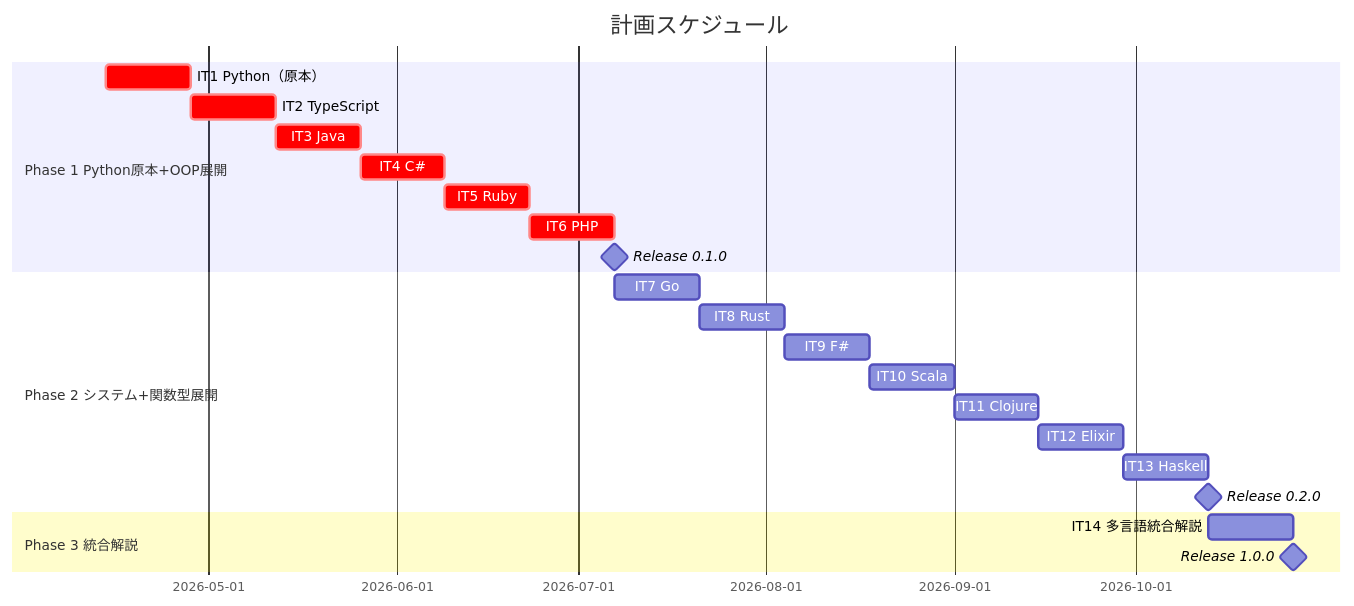
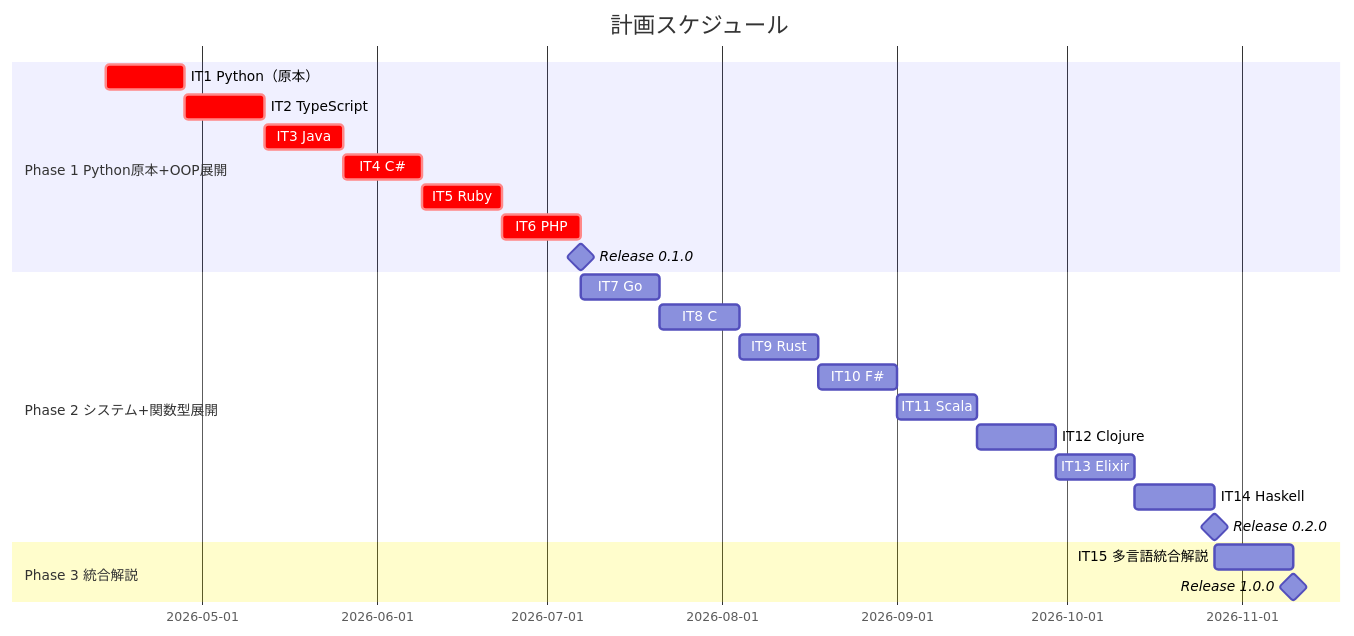
The first of 2 diagrams in docs/development/release_plan.md (k2works/getting-started-algorithm), drawn with Mermaid before and after one commit. The commit also changed other lines of this file, not shown here.

Commit message:
docs: release_plan.md に C 言語を追加し、言語数・SP・イテレーション数を更新する

````diff
--- a/docs/development/release_plan.md
+++ b/docs/development/release_plan.md
@@ -144,25 +145,26 @@
 ```mermaid
 gantt
     title 計画スケジュール
     dateFormat  YYYY-MM-DD
     section Phase 1 Python原本+OOP展開
     IT1 Python（原本）        :crit, p1-1, 2026-04-14, 14d
     IT2 TypeScript            :crit, p1-2, after p1-1, 14d
     IT3 Java                  :crit, p1-3, after p1-2, 14d
     IT4 C#                    :crit, p1-4, after p1-3, 14d
     IT5 Ruby                  :crit, p1-5, after p1-4, 14d
     IT6 PHP                   :crit, p1-6, after p1-5, 14d
     Release 0.1.0             :milestone, m1, after p1-6, 0d
     section Phase 2 システム+関数型展開
     IT7 Go                    :p2-1, after p1-6, 14d
-    IT8 Rust                  :p2-2, after p2-1, 14d
-    IT9 F#                    :p2-3, after p2-2, 14d
-    IT10 Scala                :p2-4, after p2-3, 14d
-    IT11 Clojure              :p2-5, after p2-4, 14d
-    IT12 Elixir               :p2-6, after p2-5, 14d
-    IT13 Haskell              :p2-7, after p2-6, 14d
-    Release 0.2.0             :milestone, m2, after p2-7, 0d
+    IT8 C                     :p2-2, after p2-1, 14d
+    IT9 Rust                  :p2-3, after p2-2, 14d
+    IT10 F#                   :p2-4, after p2-3, 14d
+    IT11 Scala                :p2-5, after p2-4, 14d
+    IT12 Clojure              :p2-6, after p2-5, 14d
+    IT13 Elixir               :p2-7, after p2-6, 14d
+    IT14 Haskell              :p2-8, after p2-7, 14d
+    Release 0.2.0             :milestone, m2, after p2-8, 0d
     section Phase 3 統合解説
-    IT14 多言語統合解説        :p3-1, after p2-7, 14d
+    IT15 多言語統合解説        :p3-1, after p2-8, 14d
     Release 1.0.0             :milestone, m3, after p3-1, 0d
 ```
````
